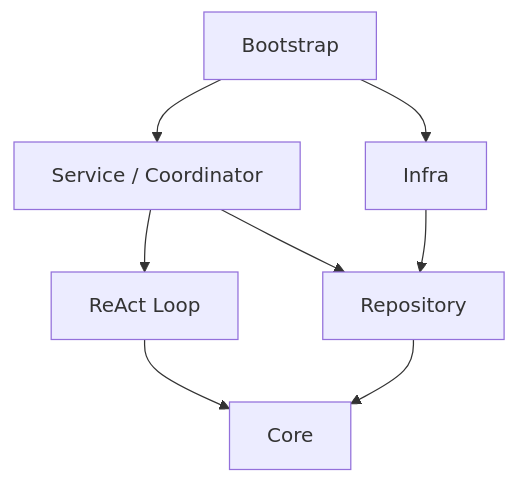
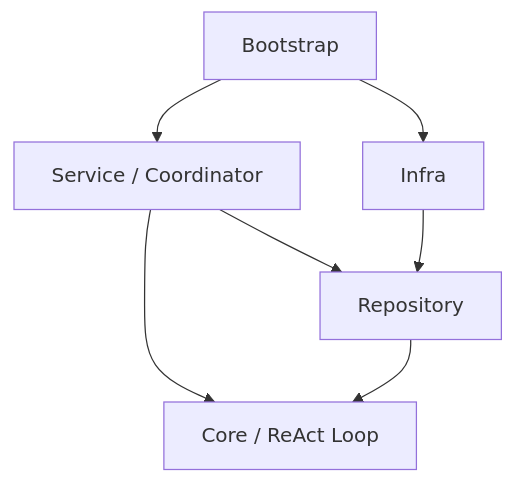
Before and after one commit to architectcgz/Praxis: the diagram in .architecture/architecture.md, drawn with Mermaid. The commit also changed other lines of this file and 22 other files, not shown here.

Commit message:
refactor: 将 ReAct Loop 迁入 Core 并移除依赖检查脚本

````diff
--- a/.architecture/architecture.md
+++ b/.architecture/architecture.md
@@ -48,10 +48,9 @@
 ```mermaid
 flowchart TD
     Boot["Bootstrap"] --> Services["Service / Coordinator"]
     Boot --> Infra["Infra"]
-    Services --> Loop["ReAct Loop"]
+    Services --> Core["Core / ReAct Loop"]
     Services --> Repo["Repository"]
     Infra --> Repo
-    Repo --> Core["Core"]
-    Loop --> Core
+    Repo --> Core
 ```
````
